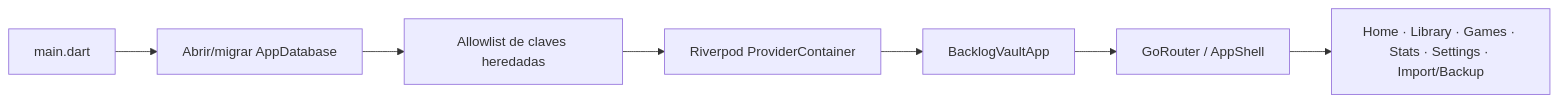
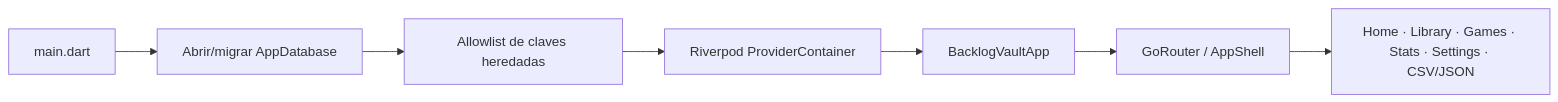
The first of 3 diagrams in docs/architecture/current_architecture.md (FedericoGR/Backlog-Vault), drawn with Mermaid before and after one commit. The commit also changed other lines of this file and 13 other files, not shown here.

````diff
--- a/docs/architecture/current_architecture.md
+++ b/docs/architecture/current_architecture.md
@@ -13,9 +14,9 @@
 ```mermaid
 flowchart LR
   Main["main.dart"] --> DBOpen["Abrir/migrar AppDatabase"]
   DBOpen --> Cleanup["Allowlist de claves heredadas"]
   Cleanup --> Scope["Riverpod ProviderContainer"]
   Scope --> App["BacklogVaultApp"]
   App --> Router["GoRouter / AppShell"]
-  Router --> Screens["Home · Library · Games · Stats · Settings · Import/Backup"]
+  Router --> Screens["Home · Library · Games · Stats · Settings · CSV/JSON"]
 ```
````
